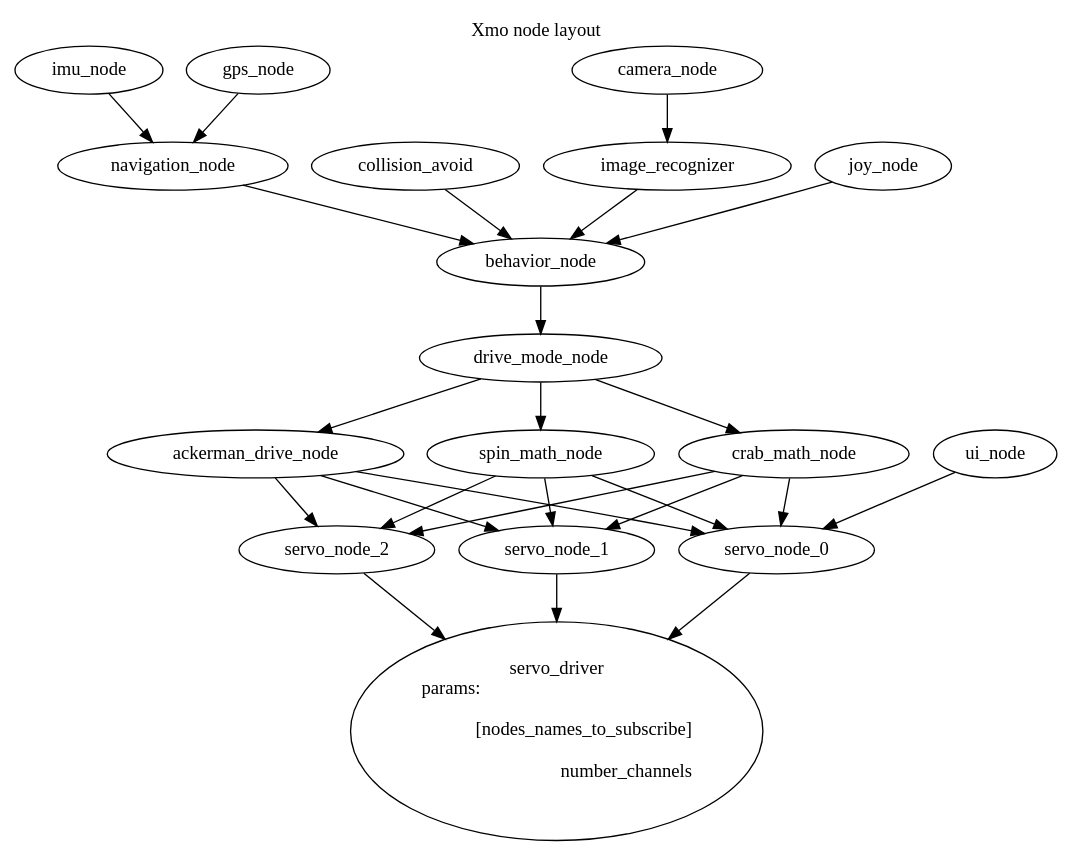
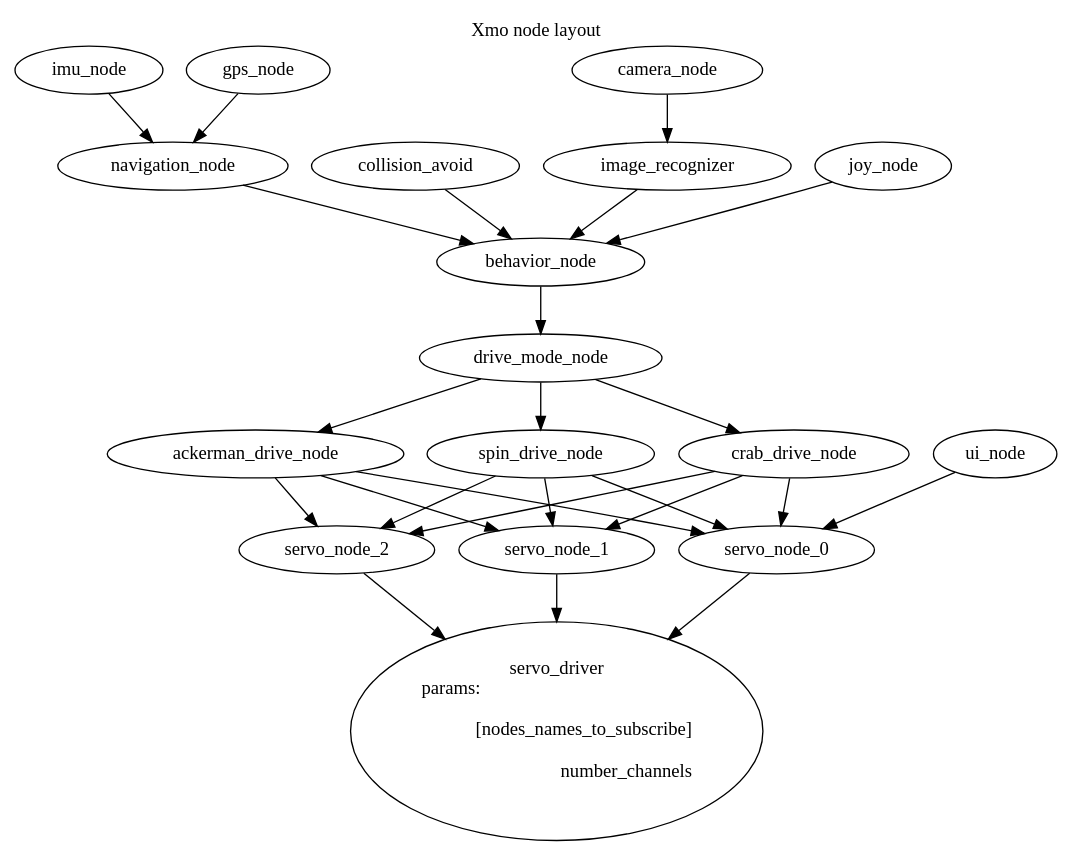
One commit to pulcher/Xmo changed the diagram in docs/node-layout.dot. Above: the diagram before and after it, drawn with Graphviz. The commit also changed 5 other files, not shown here.

```diff
--- a/docs/node-layout.dot
+++ b/docs/node-layout.dot
@@ -1,41 +1,41 @@
 digraph xmo {
     labelloc="t"
     label="Xmo node layout";
 
     gps_node -> navigation_node
     imu_node -> navigation_node
     navigation_node -> behavior_node
 
     collision_avoid -> behavior_node
     
     camera_node -> image_recognizer
 
     image_recognizer -> behavior_node
 
     joy_node -> behavior_node
 
     behavior_node -> drive_mode_node
 
     drive_mode_node -> ackerman_drive_node
-    drive_mode_node -> spin_math_node
-    drive_mode_node -> crab_math_node
+    drive_mode_node -> spin_drive_node
+    drive_mode_node -> crab_drive_node
 
     ackerman_drive_node -> servo_node_0
     ackerman_drive_node -> servo_node_1
     ackerman_drive_node -> servo_node_2
 
-    spin_math_node -> servo_node_0
-    spin_math_node -> servo_node_1
-    spin_math_node -> servo_node_2
+    spin_drive_node -> servo_node_0
+    spin_drive_node -> servo_node_1
+    spin_drive_node -> servo_node_2
 
-    crab_math_node -> servo_node_0
-    crab_math_node -> servo_node_1
-    crab_math_node -> servo_node_2
+    crab_drive_node -> servo_node_0
+    crab_drive_node -> servo_node_1
+    crab_drive_node -> servo_node_2
 
     servo_driver[label="servo_driver\nparams:\l\n[nodes_names_to_subscribe]\r\nnumber_channels\r\n"]
     servo_node_0 -> servo_driver
     servo_node_1 -> servo_driver
     servo_node_2 -> servo_driver
 
     ui_node -> servo_node_0
 }
```
